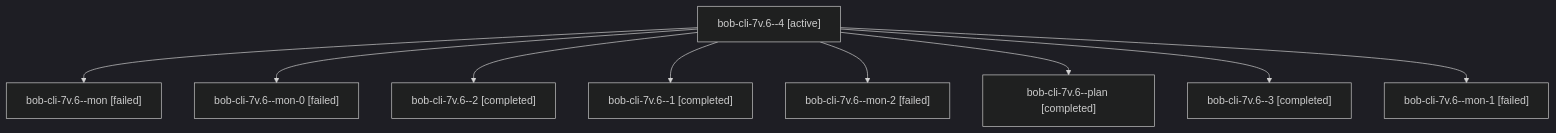
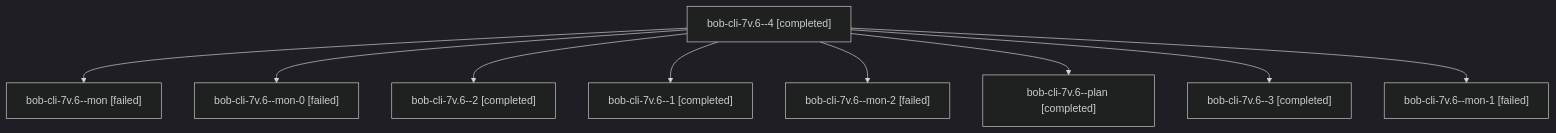
Before and after one commit to bobs-org/bob-cli--agents: the diagram in sessions/bbugyi200.athena.bob-cli-7v.6.md, drawn with Mermaid (dark theme). The commit also changed other lines of this file and 65 other files, not shown here.

````diff
--- a/sessions/bbugyi200.athena.bob-cli-7v.6.md
+++ b/sessions/bbugyi200.athena.bob-cli-7v.6.md
@@ -9,20 +9,20 @@
 ```mermaid
 flowchart TD
-  n0["bob-cli-7v.6--4 [active]"]
+  n0["bob-cli-7v.6--4 [completed]"]
   n1["bob-cli-7v.6--mon [failed]"]
   n0 --> n1
   n2["bob-cli-7v.6--mon-0 [failed]"]
   n0 --> n2
   n3["bob-cli-7v.6--2 [completed]"]
   n0 --> n3
   n4["bob-cli-7v.6--1 [completed]"]
   n0 --> n4
   n5["bob-cli-7v.6--mon-2 [failed]"]
   n0 --> n5
   n6["bob-cli-7v.6--plan [completed]"]
   n0 --> n6
   n7["bob-cli-7v.6--3 [completed]"]
   n0 --> n7
   n8["bob-cli-7v.6--mon-1 [failed]"]
   n0 --> n8
 ```
````
